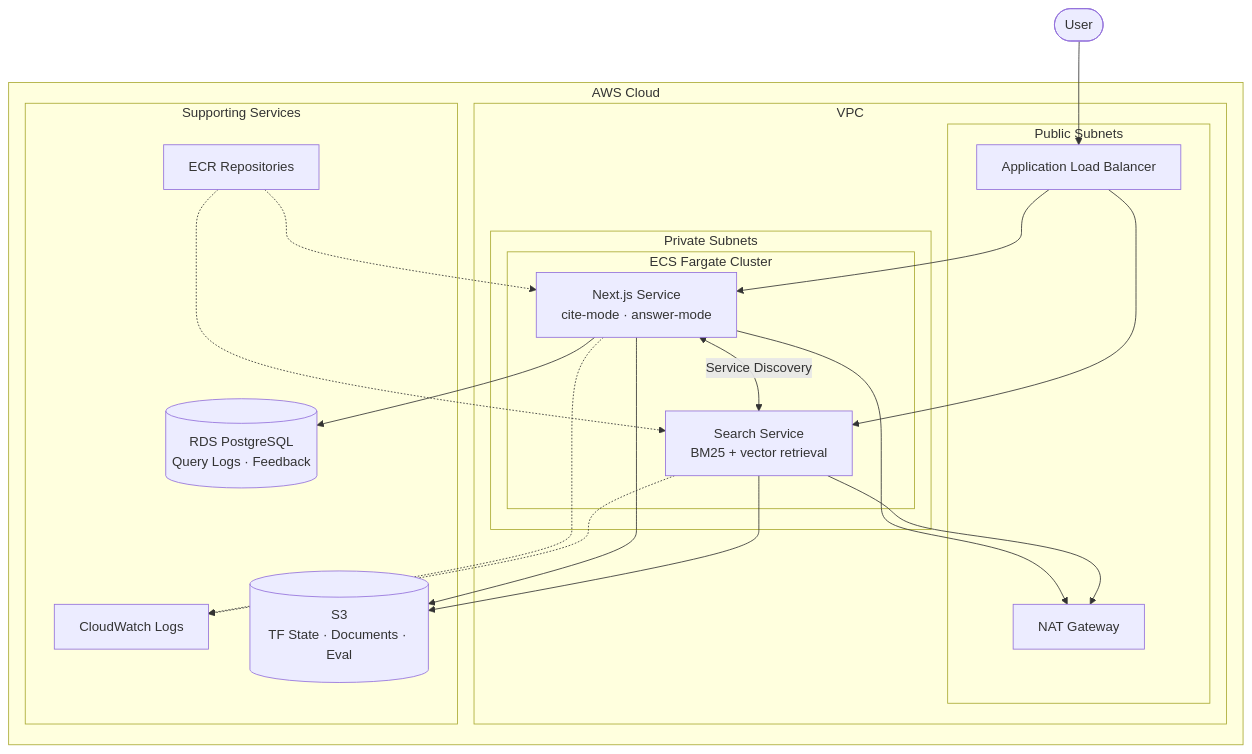
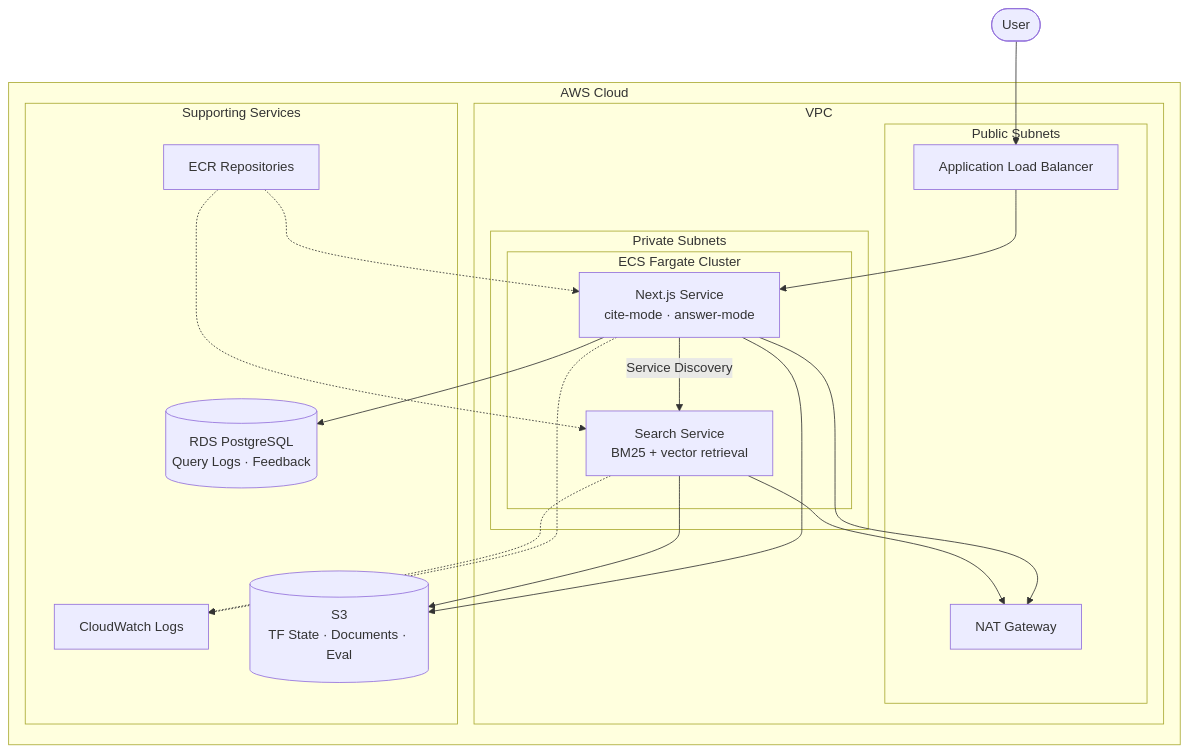
The diagram in README.md (wri/askwri), drawn with Mermaid before and after one commit.

Commit message:
review feedback

````diff
--- a/README.md
+++ b/README.md
@@ -7,41 +7,40 @@
 ```mermaid
 graph TB
     User([User]) --> ALB
 
     subgraph AWS Cloud
         subgraph VPC
             subgraph Public Subnets
                 ALB[Application Load Balancer]
                 NAT[NAT Gateway]
             end
 
             subgraph Private Subnets
                 subgraph ECSCluster[ECS Fargate Cluster]
                     NextJS[Next.js Service<br/>cite-mode · answer-mode]
                     Search[Search Service<br/>BM25 + vector retrieval]
                 end
-                NextJS <-->|Service Discovery| Search
             end
 
             ALB --> NextJS
-            ALB --> Search
+            NextJS -->|Service Discovery| Search
             NextJS --> NAT
             Search --> NAT
         end
 
         subgraph Supporting Services
             ECR[ECR Repositories]
             CW[CloudWatch Logs]
             S3[(S3<br/>TF State · Documents · Eval)]
             RDS[(RDS PostgreSQL<br/>Query Logs · Feedback)]
         end
 
         NextJS --> RDS
         NextJS --> S3
         Search --> S3
         NextJS -.-> CW
         Search -.-> CW
         ECR -.-> NextJS
         ECR -.-> Search
     end
 ```
````
